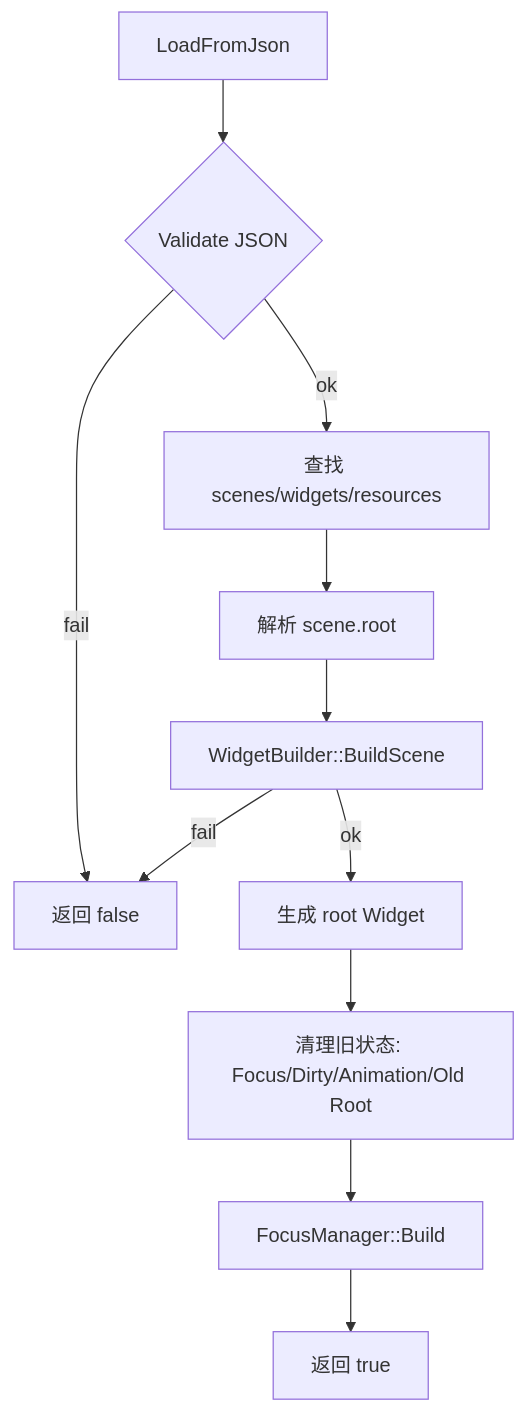
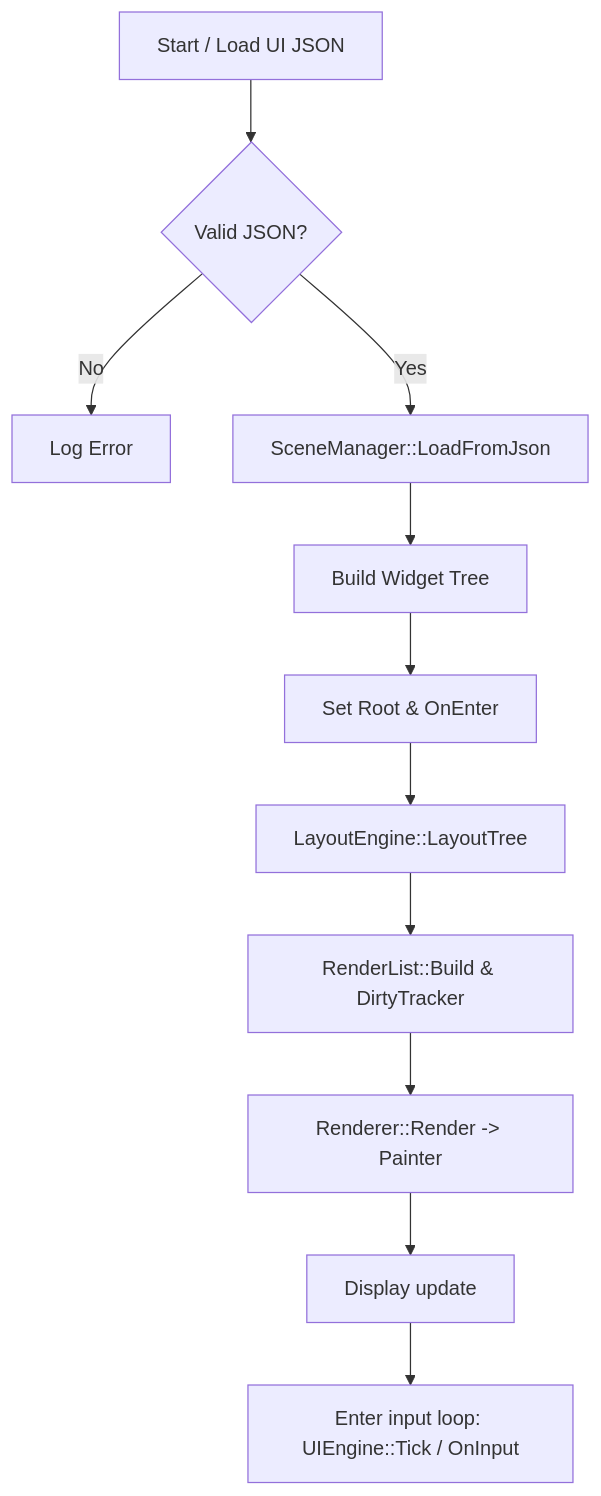
One commit to wangjian-spec/xiaozhi-esp32 changed the second of 2 diagrams in main/eteacher/app_ui/README.md. Above: the diagram before and after it, drawn with Mermaid. The commit also changed other lines of this file and 20 other files, not shown here.

````diff
--- a/main/eteacher/app_ui/README.md
+++ b/main/eteacher/app_ui/README.md
@@ -64,13 +109,13 @@
 ```mermaid
 flowchart TD
-	 A[LoadFromJson] --> B{Validate JSON}
-	 B -- fail --> X[返回 false]
-	 B -- ok --> C[查找 scenes/widgets/resources]
-	 C --> D[解析 scene.root]
-	 D --> E[WidgetBuilder::BuildScene]
-	 E -- fail --> X
-	E -- ok --> F[生成 root Widget]
-	F --> G[清理旧状态: Focus/Dirty/Animation/Old Root]
-	G --> H[FocusManager::Build]
-	H --> I[返回 true]
+	A[Start / Load UI JSON] --> B{Valid JSON?}
+	B -- No --> Z[Log Error]
+	B -- Yes --> C[SceneManager::LoadFromJson]
+	C --> D[Build Widget Tree]
+	D --> E[Set Root & OnEnter]
+	E --> F[LayoutEngine::LayoutTree]
+	F --> G[RenderList::Build & DirtyTracker]
+	G --> H[Renderer::Render -> Painter]
+	H --> I[Display update]
+	I --> J[Enter input loop: UIEngine::Tick / OnInput]
 ```
````
